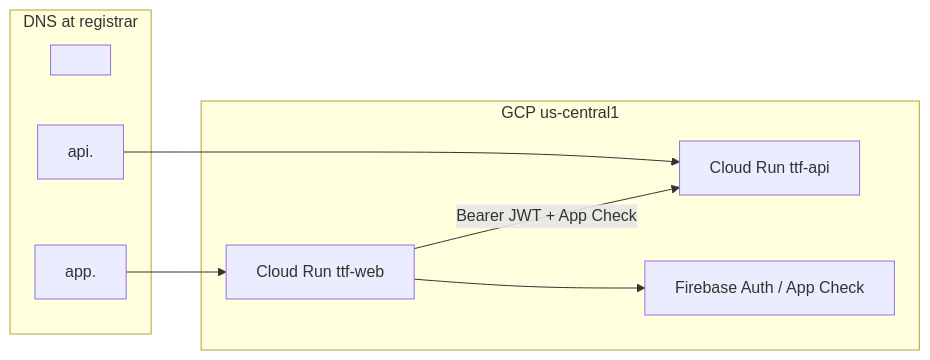
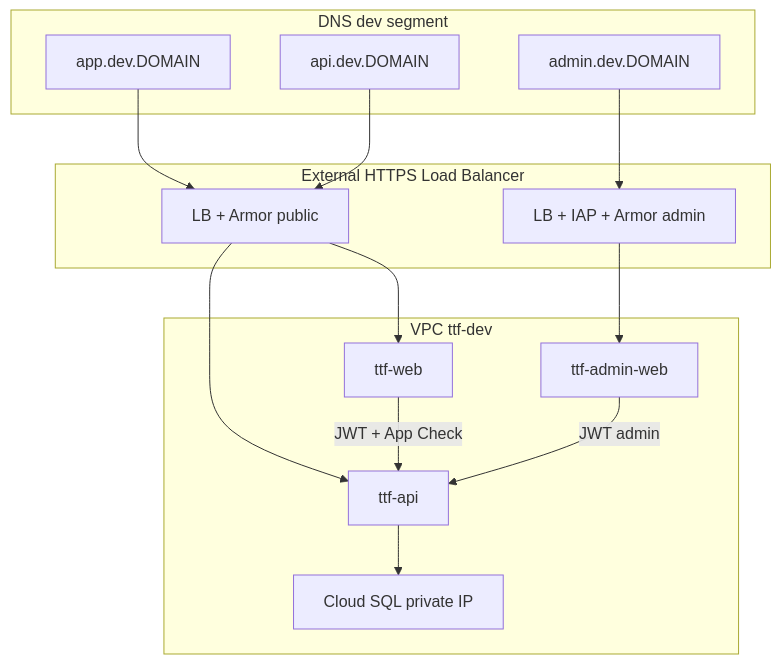
One commit to samueljoeharris/restaurant_app changed the diagram in docs/CUSTOM_DOMAIN_SETUP.md. Above: the diagram before and after it, drawn with Mermaid. The commit also changed other lines of this file, not shown here.

First line of the commit message:
docs: revise domain plan for segmented dev DNS, admin site, and VPC

````diff
--- a/docs/CUSTOM_DOMAIN_SETUP.md
+++ b/docs/CUSTOM_DOMAIN_SETUP.md
@@ -106,17 +155,24 @@
 ```mermaid
-flowchart LR
-  subgraph dns [DNS at registrar]
-    APEX["<DOMAIN>"]
-    APP["app.<DOMAIN>"]
-    API["api.<DOMAIN>"]
+flowchart TB
+  subgraph dns_dev [DNS dev segment]
+    APP["app.dev.DOMAIN"]
+    API["api.dev.DOMAIN"]
+    ADM["admin.dev.DOMAIN"]
   end
-  subgraph gcp [GCP us-central1]
-    WEB["Cloud Run ttf-web"]
-    APISVC["Cloud Run ttf-api"]
-    FB["Firebase Auth / App Check"]
+  subgraph edge [External HTTPS Load Balancer]
+    LB_PUB["LB + Armor public"]
+    LB_ADM["LB + IAP + Armor admin"]
   end
-  APP --> WEB
-  API --> APISVC
-  WEB -->|"Bearer JWT + App Check"| APISVC
-  WEB --> FB
+  subgraph vpc [VPC ttf-dev]
+    WEB["ttf-web"]
+    APISVC["ttf-api"]
+    ADMWEB["ttf-admin-web"]
+    SQL["Cloud SQL private IP"]
+  end
+  APP --> LB_PUB --> WEB
+  API --> LB_PUB --> APISVC
+  ADM --> LB_ADM --> ADMWEB
+  APISVC --> SQL
+  WEB -->|"JWT + App Check"| APISVC
+  ADMWEB -->|"JWT admin"| APISVC
 ```
````
